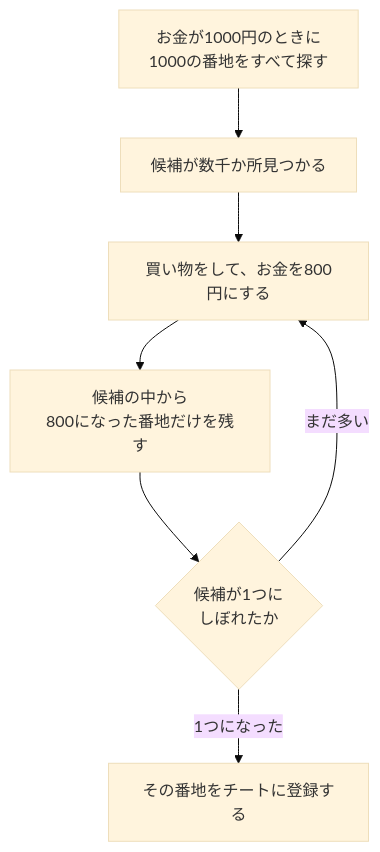
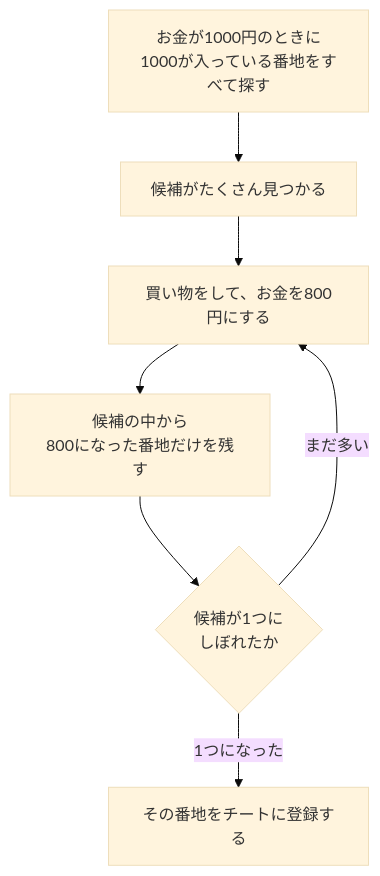
Before and after one commit to kiwamizamurai/gaming: the first of 3 diagrams in articles/21-cheats-and-passthrough.md, drawn with Mermaid (base theme). The commit also changed other lines of this file, not shown here.

````diff
--- a/articles/21-cheats-and-passthrough.md
+++ b/articles/21-cheats-and-passthrough.md
@@ -89,9 +117,9 @@
 ```mermaid
 flowchart TD
-    A[お金が1000円のときに<br>1000の番地をすべて探す] --> B[候補が数千か所見つかる]
+    A[お金が1000円のときに<br>1000が入っている番地をすべて探す] --> B[候補がたくさん見つかる]
     B --> C[買い物をして、お金を800円にする]
     C --> D[候補の中から<br>800になった番地だけを残す]
     D --> E{候補が1つに<br>しぼれたか}
     E -->|まだ多い| C
     E -->|1つになった| F[その番地をチートに登録する]
 ```
````
